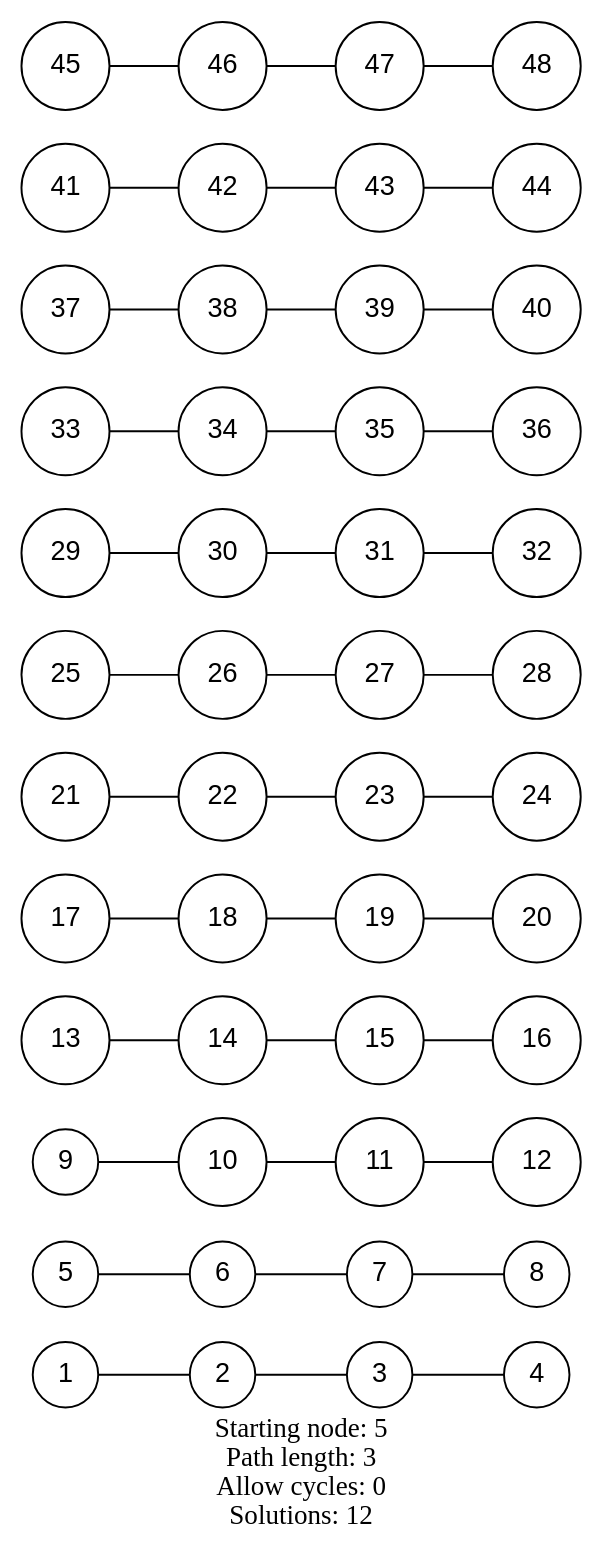
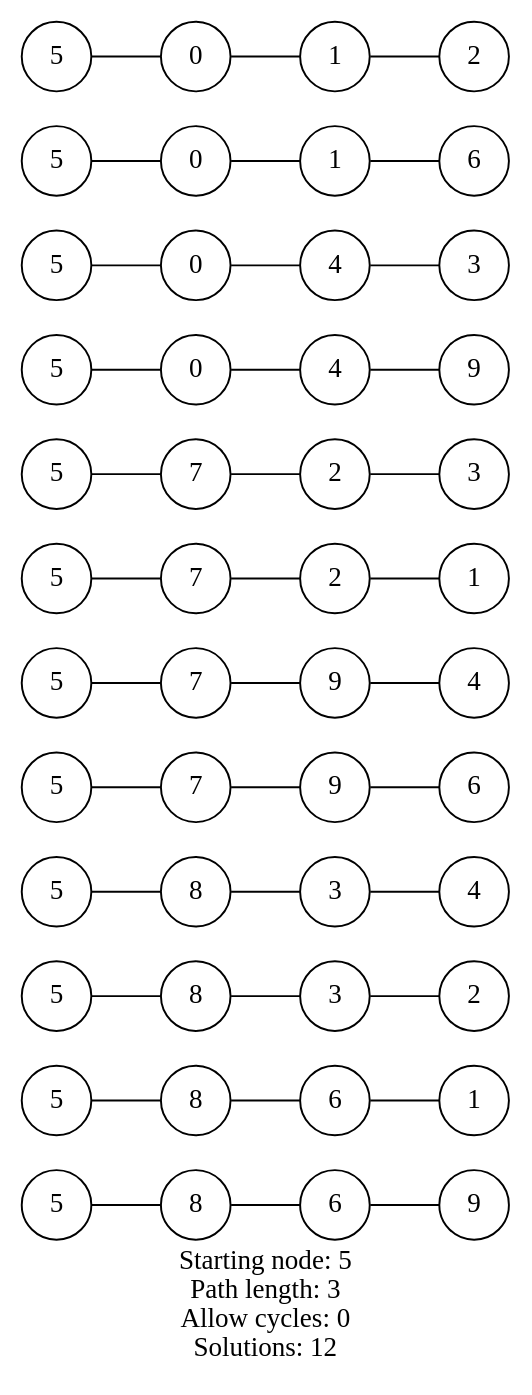
Before and after one commit to gitpan/GraphViz2-Marpa-PathUtils: the diagram in data/02.fixed.paths.out.gv, drawn with Graphviz. The commit also changed 24 other files, not shown here.

First line of the commit message:
Import of RSAVAGE/GraphViz2-Marpa-PathUtils-1.03 from CPAN.

```diff
--- a/data/02.fixed.paths.out.gv
+++ b/data/02.fixed.paths.out.gv
@@ -1,65 +1,65 @@
 graph Petersen
 {
 	graph [label = "Starting node: 5\nPath length: 3\nAllow cycles: 0\nSolutions: 12" rankdir = LR]
 
-	"1" [color = "black" fontname = "Arial" height = "0.400000" label = "\N" name = "1" shape = "circle" width = "0.400000"]
-	"2" [color = "black" fontname = "Arial" height = "0.400000" label = "\N" name = "2" shape = "circle" width = "0.400000"]
-	"3" [color = "black" fontname = "Arial" height = "0.400000" label = "\N" name = "3" shape = "circle" width = "0.400000"]
-	"4" [color = "black" fontname = "Arial" height = "0.400000" label = "\N" name = "4" shape = "circle" width = "0.400000"]
-	"5" [color = "black" fontname = "Arial" height = "0.400000" label = "\N" name = "5" shape = "circle" width = "0.400000"]
-	"6" [color = "black" fontname = "Arial" height = "0.400000" label = "\N" name = "6" shape = "circle" width = "0.400000"]
-	"7" [color = "black" fontname = "Arial" height = "0.400000" label = "\N" name = "7" shape = "circle" width = "0.400000"]
-	"8" [color = "black" fontname = "Arial" height = "0.400000" label = "\N" name = "8" shape = "circle" width = "0.400000"]
-	"9" [color = "black" fontname = "Arial" height = "0.400000" label = "\N" name = "9" shape = "circle" width = "0.400000"]
-	"10" [color = "black" fontname = "Arial" height = "0.400000" label = "\N" name = "10" shape = "circle" width = "0.400000"]
-	"11" [color = "black" fontname = "Arial" height = "0.400000" label = "\N" name = "11" shape = "circle" width = "0.400000"]
-	"12" [color = "black" fontname = "Arial" height = "0.400000" label = "\N" name = "12" shape = "circle" width = "0.400000"]
-	"13" [color = "black" fontname = "Arial" height = "0.400000" label = "\N" name = "13" shape = "circle" width = "0.400000"]
-	"14" [color = "black" fontname = "Arial" height = "0.400000" label = "\N" name = "14" shape = "circle" width = "0.400000"]
-	"15" [color = "black" fontname = "Arial" height = "0.400000" label = "\N" name = "15" shape = "circle" width = "0.400000"]
-	"16" [color = "black" fontname = "Arial" height = "0.400000" label = "\N" name = "16" shape = "circle" width = "0.400000"]
-	"17" [color = "black" fontname = "Arial" height = "0.400000" label = "\N" name = "17" shape = "circle" width = "0.400000"]
-	"18" [color = "black" fontname = "Arial" height = "0.400000" label = "\N" name = "18" shape = "circle" width = "0.400000"]
-	"19" [color = "black" fontname = "Arial" height = "0.400000" label = "\N" name = "19" shape = "circle" width = "0.400000"]
-	"20" [color = "black" fontname = "Arial" height = "0.400000" label = "\N" name = "20" shape = "circle" width = "0.400000"]
-	"21" [color = "black" fontname = "Arial" height = "0.400000" label = "\N" name = "21" shape = "circle" width = "0.400000"]
-	"22" [color = "black" fontname = "Arial" height = "0.400000" label = "\N" name = "22" shape = "circle" width = "0.400000"]
-	"23" [color = "black" fontname = "Arial" height = "0.400000" label = "\N" name = "23" shape = "circle" width = "0.400000"]
-	"24" [color = "black" fontname = "Arial" height = "0.400000" label = "\N" name = "24" shape = "circle" width = "0.400000"]
-	"25" [color = "black" fontname = "Arial" height = "0.400000" label = "\N" name = "25" shape = "circle" width = "0.400000"]
-	"26" [color = "black" fontname = "Arial" height = "0.400000" label = "\N" name = "26" shape = "circle" width = "0.400000"]
-	"27" [color = "black" fontname = "Arial" height = "0.400000" label = "\N" name = "27" shape = "circle" width = "0.400000"]
-	"28" [color = "black" fontname = "Arial" height = "0.400000" label = "\N" name = "28" shape = "circle" width = "0.400000"]
-	"29" [color = "black" fontname = "Arial" height = "0.400000" label = "\N" name = "29" shape = "circle" width = "0.400000"]
-	"30" [color = "black" fontname = "Arial" height = "0.400000" label = "\N" name = "30" shape = "circle" width = "0.400000"]
-	"31" [color = "black" fontname = "Arial" height = "0.400000" label = "\N" name = "31" shape = "circle" width = "0.400000"]
-	"32" [color = "black" fontname = "Arial" height = "0.400000" label = "\N" name = "32" shape = "circle" width = "0.400000"]
-	"33" [color = "black" fontname = "Arial" height = "0.400000" label = "\N" name = "33" shape = "circle" width = "0.400000"]
-	"34" [color = "black" fontname = "Arial" height = "0.400000" label = "\N" name = "34" shape = "circle" width = "0.400000"]
-	"35" [color = "black" fontname = "Arial" height = "0.400000" label = "\N" name = "35" shape = "circle" width = "0.400000"]
-	"36" [color = "black" fontname = "Arial" height = "0.400000" label = "\N" name = "36" shape = "circle" width = "0.400000"]
-	"37" [color = "black" fontname = "Arial" height = "0.400000" label = "\N" name = "37" shape = "circle" width = "0.400000"]
-	"38" [color = "black" fontname = "Arial" height = "0.400000" label = "\N" name = "38" shape = "circle" width = "0.400000"]
-	"39" [color = "black" fontname = "Arial" height = "0.400000" label = "\N" name = "39" shape = "circle" width = "0.400000"]
-	"40" [color = "black" fontname = "Arial" height = "0.400000" label = "\N" name = "40" shape = "circle" width = "0.400000"]
-	"41" [color = "black" fontname = "Arial" height = "0.400000" label = "\N" name = "41" shape = "circle" width = "0.400000"]
-	"42" [color = "black" fontname = "Arial" height = "0.400000" label = "\N" name = "42" shape = "circle" width = "0.400000"]
-	"43" [color = "black" fontname = "Arial" height = "0.400000" label = "\N" name = "43" shape = "circle" width = "0.400000"]
-	"44" [color = "black" fontname = "Arial" height = "0.400000" label = "\N" name = "44" shape = "circle" width = "0.400000"]
-	"45" [color = "black" fontname = "Arial" height = "0.400000" label = "\N" name = "45" shape = "circle" width = "0.400000"]
-	"46" [color = "black" fontname = "Arial" height = "0.400000" label = "\N" name = "46" shape = "circle" width = "0.400000"]
-	"47" [color = "black" fontname = "Arial" height = "0.400000" label = "\N" name = "47" shape = "circle" width = "0.400000"]
-	"48" [color = "black" fontname = "Arial" height = "0.400000" label = "\N" name = "48" shape = "circle" width = "0.400000"]
+	"1" [color = "black" label = "5" name = "1" shape = "circle"]
+	"2" [color = "black" label = "8" name = "2" shape = "circle"]
+	"3" [color = "black" label = "6" name = "3" shape = "circle"]
+	"4" [color = "black" label = "9" name = "4" shape = "circle"]
+	"5" [color = "black" label = "5" name = "5" shape = "circle"]
+	"6" [color = "black" label = "8" name = "6" shape = "circle"]
+	"7" [color = "black" label = "6" name = "7" shape = "circle"]
+	"8" [color = "black" label = "1" name = "8" shape = "circle"]
+	"9" [color = "black" label = "5" name = "9" shape = "circle"]
+	"10" [color = "black" label = "8" name = "10" shape = "circle"]
+	"11" [color = "black" label = "3" name = "11" shape = "circle"]
+	"12" [color = "black" label = "2" name = "12" shape = "circle"]
+	"13" [color = "black" label = "5" name = "13" shape = "circle"]
+	"14" [color = "black" label = "8" name = "14" shape = "circle"]
+	"15" [color = "black" label = "3" name = "15" shape = "circle"]
+	"16" [color = "black" label = "4" name = "16" shape = "circle"]
+	"17" [color = "black" label = "5" name = "17" shape = "circle"]
+	"18" [color = "black" label = "7" name = "18" shape = "circle"]
+	"19" [color = "black" label = "9" name = "19" shape = "circle"]
+	"20" [color = "black" label = "6" name = "20" shape = "circle"]
+	"21" [color = "black" label = "5" name = "21" shape = "circle"]
+	"22" [color = "black" label = "7" name = "22" shape = "circle"]
+	"23" [color = "black" label = "9" name = "23" shape = "circle"]
+	"24" [color = "black" label = "4" name = "24" shape = "circle"]
+	"25" [color = "black" label = "5" name = "25" shape = "circle"]
+	"26" [color = "black" label = "7" name = "26" shape = "circle"]
+	"27" [color = "black" label = "2" name = "27" shape = "circle"]
+	"28" [color = "black" label = "1" name = "28" shape = "circle"]
+	"29" [color = "black" label = "5" name = "29" shape = "circle"]
+	"30" [color = "black" label = "7" name = "30" shape = "circle"]
+	"31" [color = "black" label = "2" name = "31" shape = "circle"]
+	"32" [color = "black" label = "3" name = "32" shape = "circle"]
+	"33" [color = "black" label = "5" name = "33" shape = "circle"]
+	"34" [color = "black" label = "0" name = "34" shape = "circle"]
+	"35" [color = "black" label = "4" name = "35" shape = "circle"]
+	"36" [color = "black" label = "9" name = "36" shape = "circle"]
+	"37" [color = "black" label = "5" name = "37" shape = "circle"]
+	"38" [color = "black" label = "0" name = "38" shape = "circle"]
+	"39" [color = "black" label = "4" name = "39" shape = "circle"]
+	"40" [color = "black" label = "3" name = "40" shape = "circle"]
+	"41" [color = "black" label = "5" name = "41" shape = "circle"]
+	"42" [color = "black" label = "0" name = "42" shape = "circle"]
+	"43" [color = "black" label = "1" name = "43" shape = "circle"]
+	"44" [color = "black" label = "6" name = "44" shape = "circle"]
+	"45" [color = "black" label = "5" name = "45" shape = "circle"]
+	"46" [color = "black" label = "0" name = "46" shape = "circle"]
+	"47" [color = "black" label = "1" name = "47" shape = "circle"]
+	"48" [color = "black" label = "2" name = "48" shape = "circle"]
 	"1" -- "2" -- "3" -- "4";
 	"5" -- "6" -- "7" -- "8";
 	"9" -- "10" -- "11" -- "12";
 	"13" -- "14" -- "15" -- "16";
 	"17" -- "18" -- "19" -- "20";
 	"21" -- "22" -- "23" -- "24";
 	"25" -- "26" -- "27" -- "28";
 	"29" -- "30" -- "31" -- "32";
 	"33" -- "34" -- "35" -- "36";
 	"37" -- "38" -- "39" -- "40";
 	"41" -- "42" -- "43" -- "44";
 	"45" -- "46" -- "47" -- "48";
 }
```
